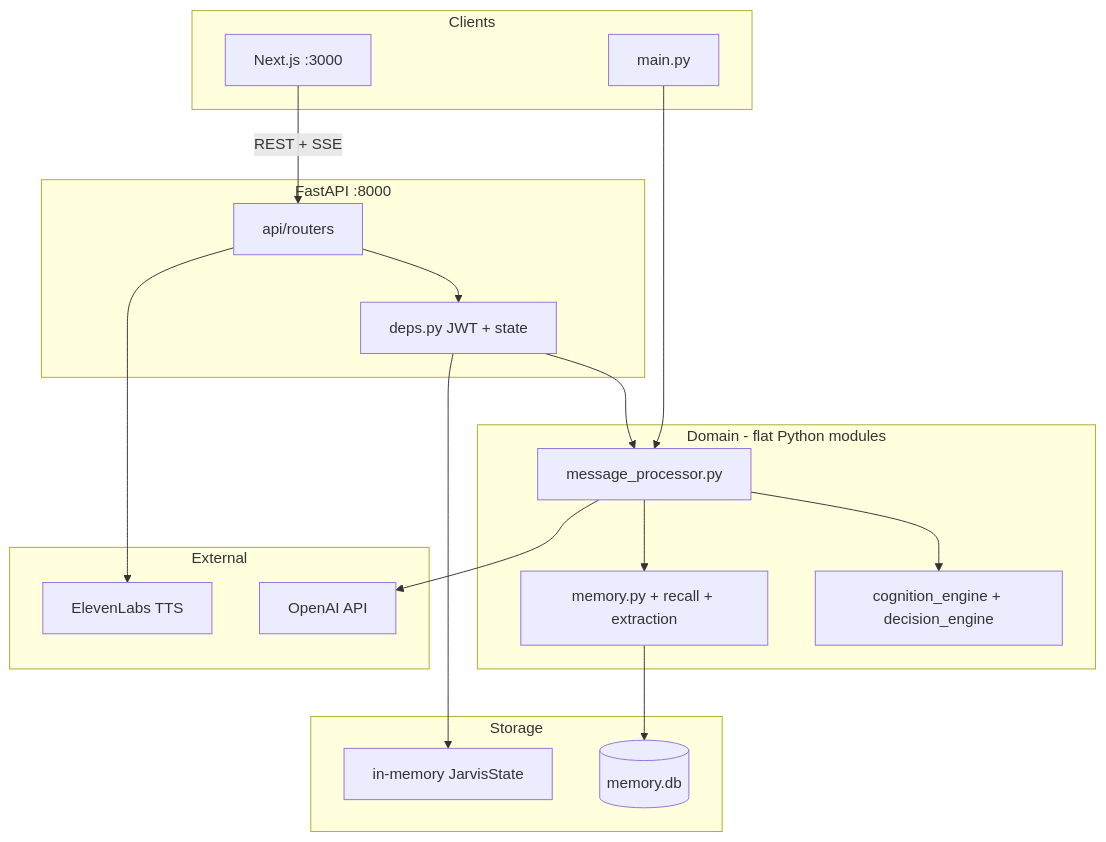
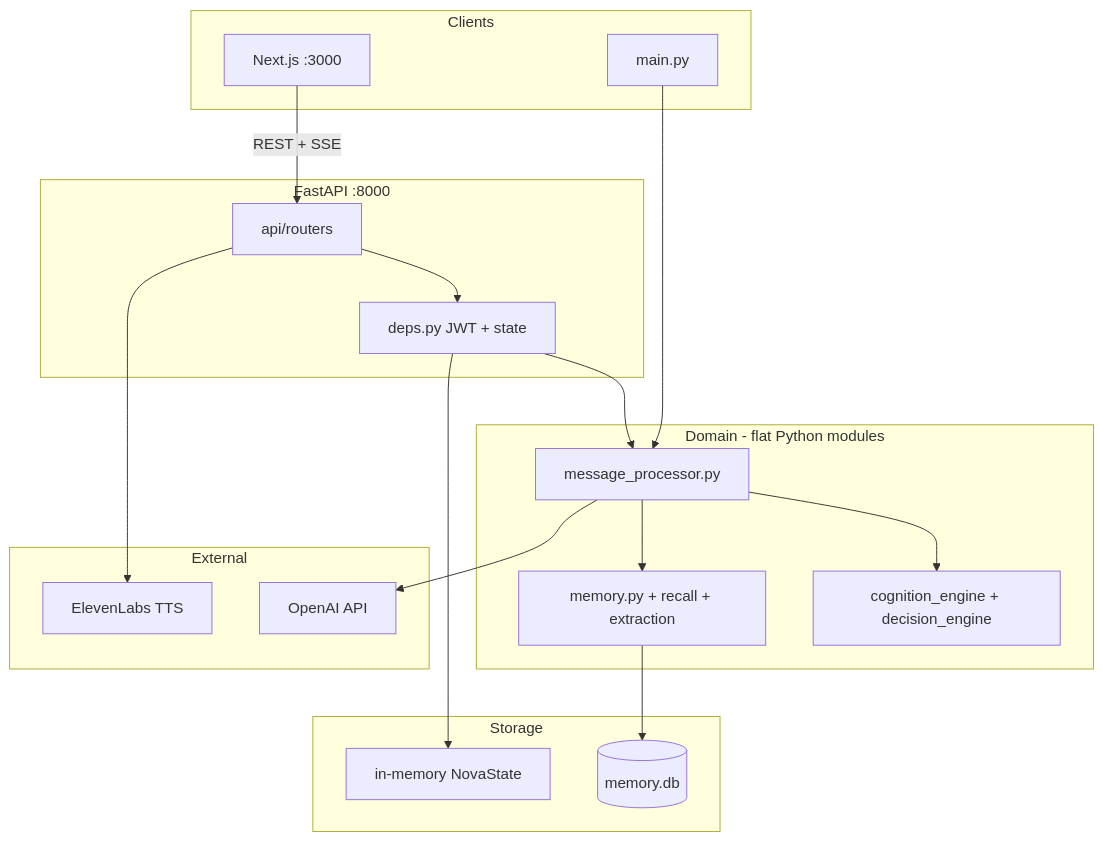
The diagram in docs/ARCHITECTURE.md (dagim-dev/companion), drawn with Mermaid before and after one commit. The commit also changed other lines of this file and 50 other files, not shown here.

````diff
--- a/docs/ARCHITECTURE.md
+++ b/docs/ARCHITECTURE.md
@@ -7,33 +7,33 @@
 ```mermaid
 flowchart TB
     subgraph clients [Clients]
         Web[Next.js :3000]
         CLI[main.py]
     end
     subgraph api [FastAPI :8000]
         Routers[api/routers]
         Deps[deps.py JWT + state]
     end
     subgraph domain [Domain - flat Python modules]
         MP[message_processor.py]
         Cognition[cognition_engine + decision_engine]
         Memory[memory.py + recall + extraction]
     end
     subgraph persist [Storage]
         SQLite[(memory.db)]
-        StateStore[in-memory JarvisState]
+        StateStore[in-memory NovaState]
     end
     subgraph external [External]
         OpenAI[OpenAI API]
         EL[ElevenLabs TTS]
     end
     Web -->|REST + SSE| Routers
     CLI --> MP
     Routers --> Deps --> MP
     MP --> Cognition
     MP --> Memory
     Memory --> SQLite
     Deps --> StateStore
     MP --> OpenAI
     Routers --> EL
 ```
````
